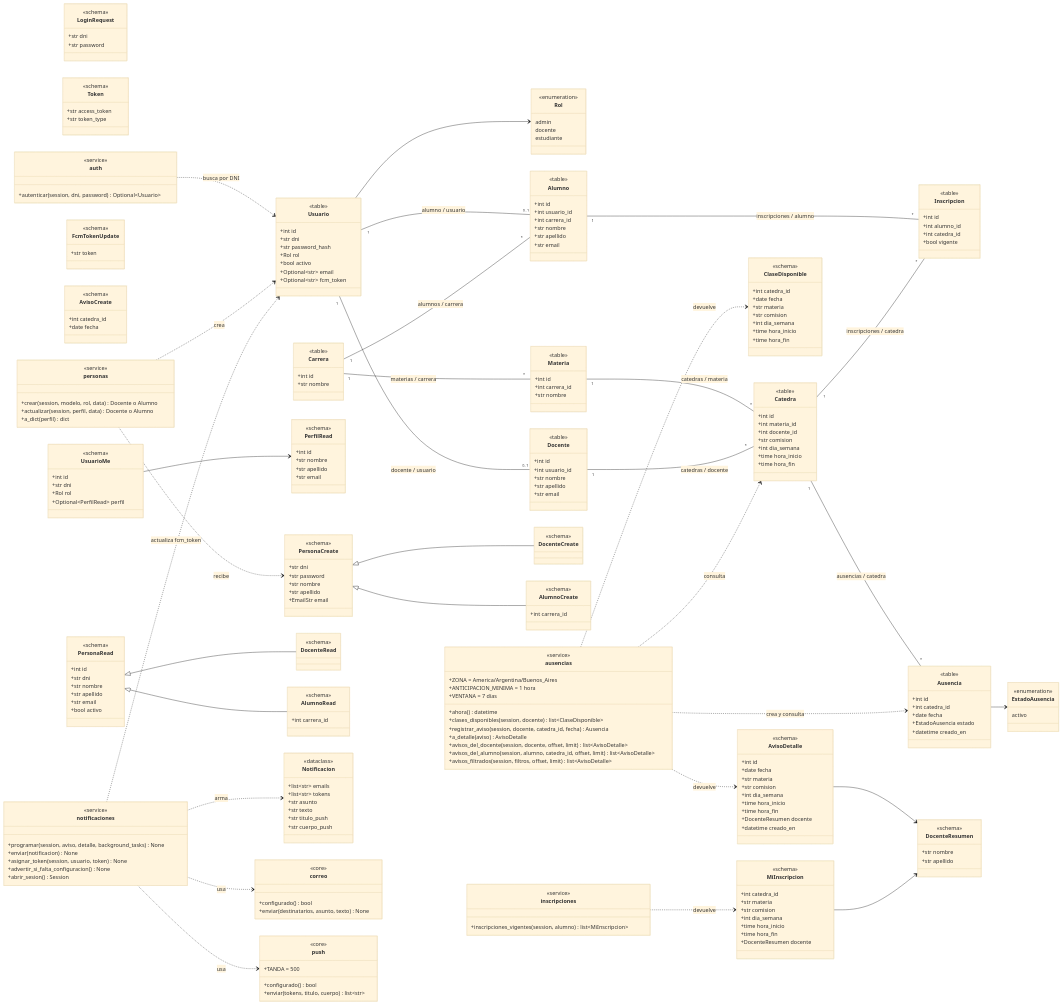
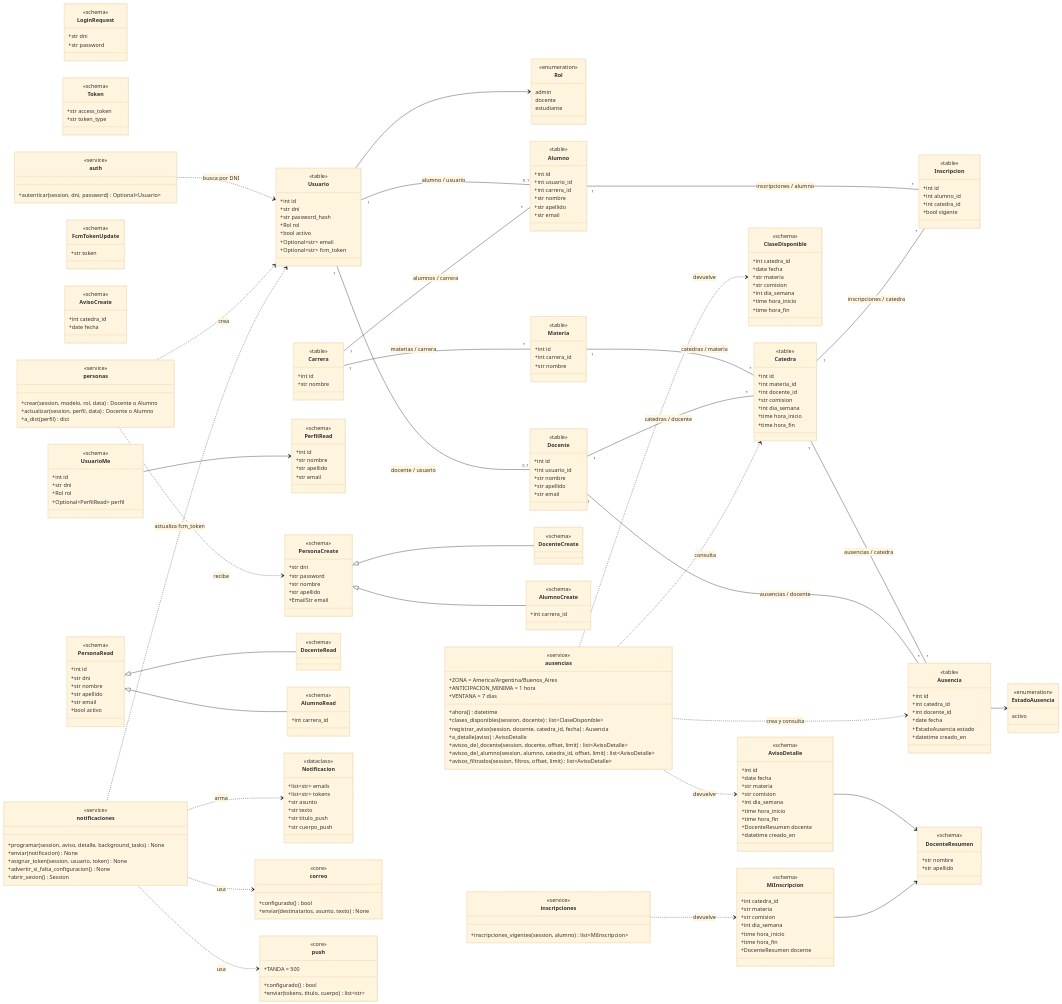
Before and after one commit to Andres-M1/Gestion-asistencia: the second of 5 diagrams in docs/diagramas.md, drawn with Mermaid (base theme). The commit also changed other lines of this file and 15 other files, not shown here.

```diff
--- a/docs/diagramas.md
+++ b/docs/diagramas.md
@@ -203,6 +206,7 @@
         <<table>>
         +int id
         +int catedra_id
+        +int docente_id
         +date fecha
         +EstadoAusencia estado
         +datetime creado_en
@@ -219,6 +223,7 @@
     Alumno "1" -- "*" Inscripcion : inscripciones / alumno
     Catedra "1" -- "*" Inscripcion : inscripciones / catedra
     Catedra "1" -- "*" Ausencia : ausencias / catedra
+    Docente "1" -- "*" Ausencia : ausencias / docente
 
     %% ---------- Schemas (app/schemas) ----------
     class LoginRequest {
```
